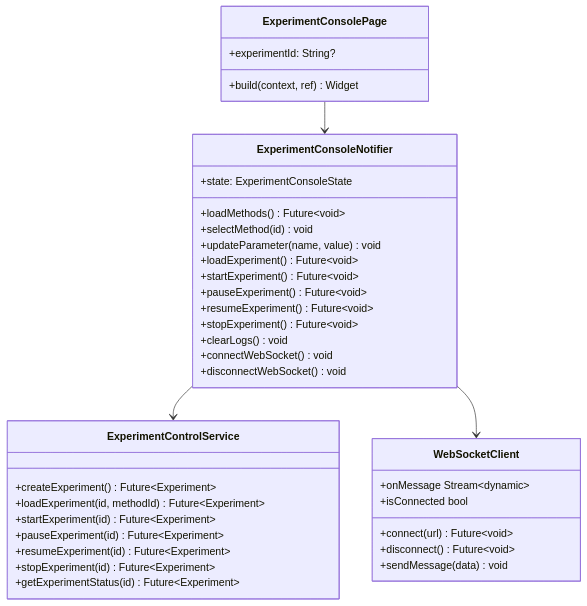
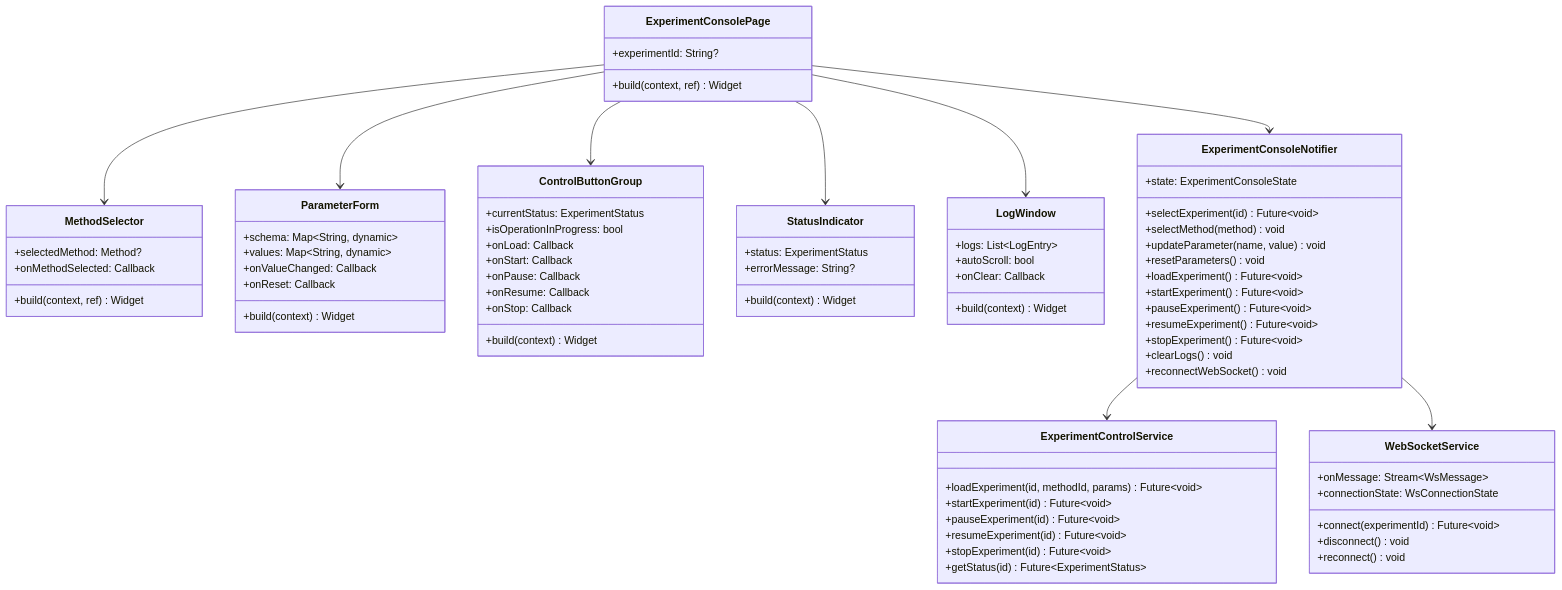
The first of 5 diagrams in log/release_0/design/S2-013_design.md (hoolheart/kayak), drawn with Mermaid before and after one commit. The commit also changed other lines of this file and 10 other files, not shown here.

````diff
--- a/log/release_0/design/S2-013_design.md
+++ b/log/release_0/design/S2-013_design.md
@@ -130,41 +169,83 @@
         +experimentId: String?
         +build(context, ref) Widget
     }
-    
+
+    class MethodSelector {
+        +selectedMethod: Method?
+        +onMethodSelected: Callback
+        +build(context, ref) Widget
+    }
+
+    class ParameterForm {
+        +schema: Map~String, dynamic~
+        +values: Map~String, dynamic~
+        +onValueChanged: Callback
+        +onReset: Callback
+        +build(context) Widget
+    }
+
+    class ControlButtonGroup {
+        +currentStatus: ExperimentStatus
+        +isOperationInProgress: bool
+        +onLoad: Callback
+        +onStart: Callback
+        +onPause: Callback
+        +onResume: Callback
+        +onStop: Callback
+        +build(context) Widget
+    }
+
+    class StatusIndicator {
+        +status: ExperimentStatus
+        +errorMessage: String?
+        +build(context) Widget
+    }
+
+    class LogWindow {
+        +logs: List~LogEntry~
+        +autoScroll: bool
+        +onClear: Callback
+        +build(context) Widget
+    }
+
     class ExperimentConsoleNotifier {
         +state: ExperimentConsoleState
-        +loadMethods() Future~void~
-        +selectMethod(id) void
+        +selectExperiment(id) Future~void~
+        +selectMethod(method) void
         +updateParameter(name, value) void
+        +resetParameters() void
         +loadExperiment() Future~void~
         +startExperiment() Future~void~
         +pauseExperiment() Future~void~
         +resumeExperiment() Future~void~
         +stopExperiment() Future~void~
         +clearLogs() void
-        +connectWebSocket() void
-        +disconnectWebSocket() void
+        +reconnectWebSocket() void
     }
-    
+
+    class WebSocketService {
+        +connect(experimentId) Future~void~
+        +disconnect() void
+        +reconnect() void
+        +onMessage: Stream~WsMessage~
+        +connectionState: WsConnectionState
+    }
+
     class ExperimentControlService {
-        +createExperiment() Future~Experiment~
-        +loadExperiment(id, methodId) Future~Experiment~
-        +startExperiment(id) Future~Experiment~
-        +pauseExperiment(id) Future~Experiment~
-        +resumeExperiment(id) Future~Experiment~
-        +stopExperiment(id) Future~Experiment~
-        +getExperimentStatus(id) Future~Experiment~
+        +loadExperiment(id, methodId, params) Future~void~
+        +startExperiment(id) Future~void~
+        +pauseExperiment(id) Future~void~
+        +resumeExperiment(id) Future~void~
+        +stopExperiment(id) Future~void~
+        +getStatus(id) Future~ExperimentStatus~
     }
-    
-    class WebSocketClient {
-        +connect(url) Future~void~
-        +disconnect() Future~void~
-        +sendMessage(data) void
-        +onMessage Stream~dynamic~
-        +isConnected bool
-    }
-    
+
     ExperimentConsolePage --> ExperimentConsoleNotifier
+    ExperimentConsolePage --> MethodSelector
+    ExperimentConsolePage --> ParameterForm
+    ExperimentConsolePage --> ControlButtonGroup
+    ExperimentConsolePage --> StatusIndicator
+    ExperimentConsolePage --> LogWindow
     ExperimentConsoleNotifier --> ExperimentControlService
-    ExperimentConsoleNotifier --> WebSocketClient
+    ExperimentConsoleNotifier --> WebSocketService
 ```
````
